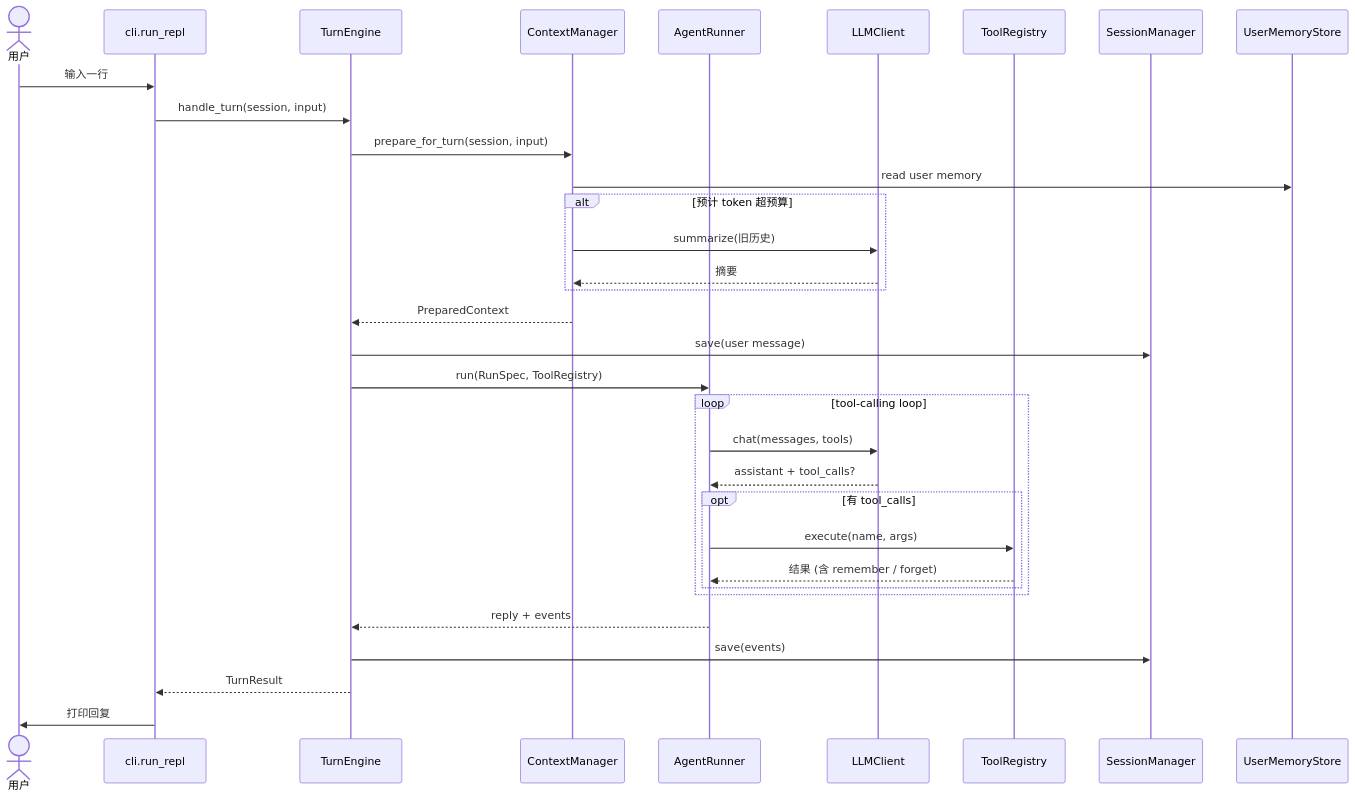
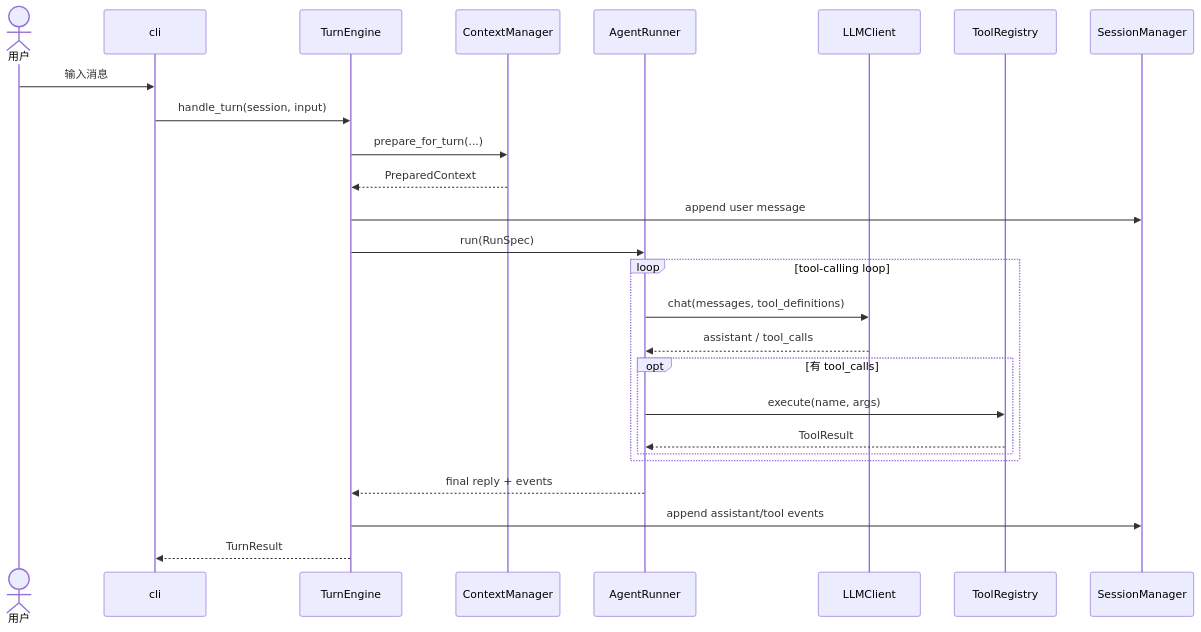
One commit to Jiminyang1/minibot changed the second of 2 diagrams in README.md. Above: the diagram before and after it, drawn with Mermaid. The commit also changed other lines of this file and 42 other files, not shown here.

Commit message:
Refactor runtime layout and add local assistant tools

````diff
--- a/README.md
+++ b/README.md
@@ -118,40 +139,31 @@
 ```mermaid
 sequenceDiagram
     actor User as 用户
-    participant CLI as cli.run_repl
+    participant CLI as cli
     participant Engine as TurnEngine
     participant Context as ContextManager
     participant Runner as AgentRunner
     participant LLM as LLMClient
     participant Tools as ToolRegistry
-    participant SM as SessionManager
-    participant MS as UserMemoryStore
+    participant Session as SessionManager
 
-    User->>CLI: 输入一行
+    User->>CLI: 输入消息
     CLI->>Engine: handle_turn(session, input)
-
-    Engine->>Context: prepare_for_turn(session, input)
-    Context->>MS: read user memory
-    alt 预计 token 超预算
-        Context->>LLM: summarize(旧历史)
-        LLM-->>Context: 摘要
-    end
+    Engine->>Context: prepare_for_turn(...)
     Context-->>Engine: PreparedContext
-
-    Engine->>SM: save(user message)
-    Engine->>Runner: run(RunSpec, ToolRegistry)
+    Engine->>Session: append user message
+    Engine->>Runner: run(RunSpec)
 
     loop tool-calling loop
-        Runner->>LLM: chat(messages, tools)
-        LLM-->>Runner: assistant + tool_calls?
+        Runner->>LLM: chat(messages, tool_definitions)
+        LLM-->>Runner: assistant / tool_calls
         opt 有 tool_calls
             Runner->>Tools: execute(name, args)
-            Tools-->>Runner: 结果 (含 remember / forget)
+            Tools-->>Runner: ToolResult
         end
     end
 
-    Runner-->>Engine: reply + events
-    Engine->>SM: save(events)
+    Runner-->>Engine: final reply + events
+    Engine->>Session: append assistant/tool events
     Engine-->>CLI: TurnResult
-    CLI->>User: 打印回复
 ```
````
